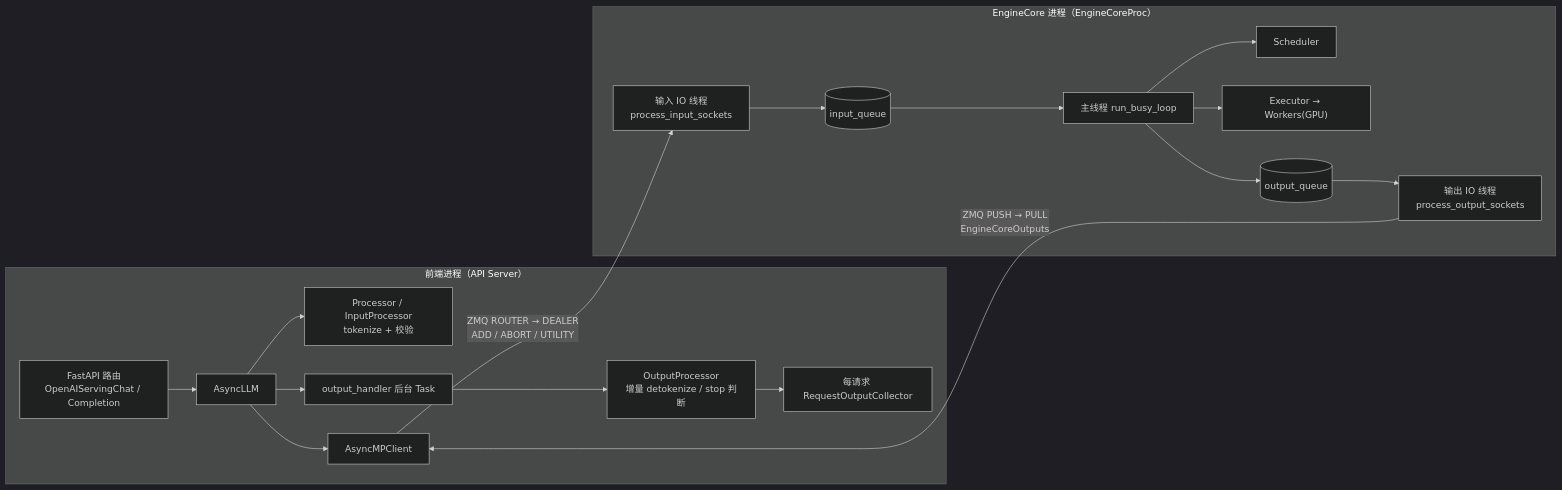
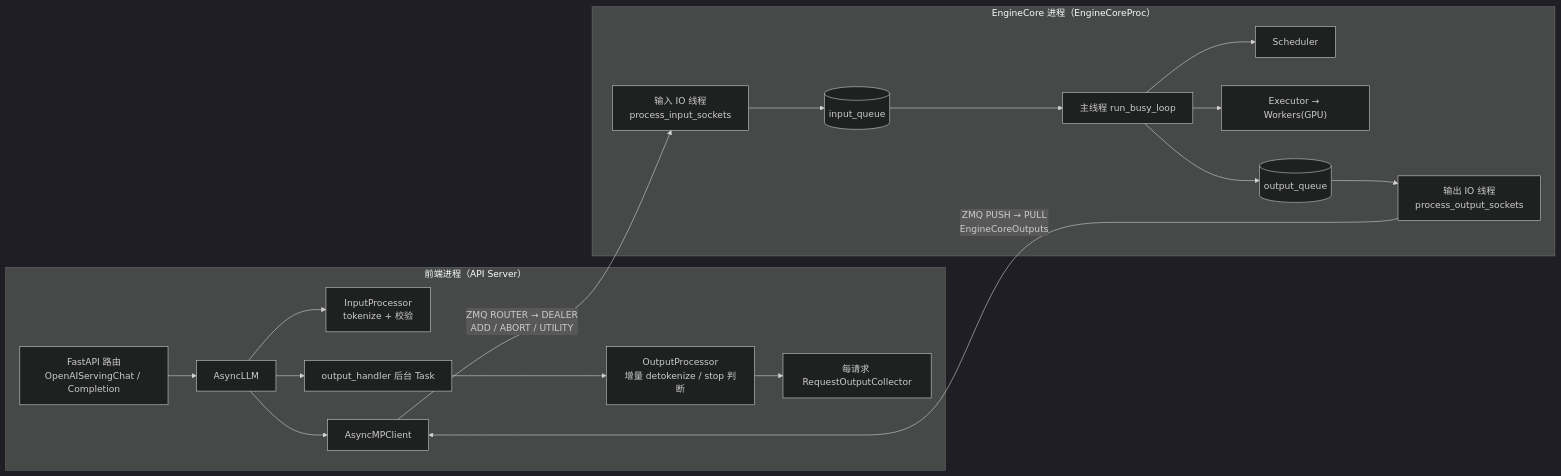
Before and after one commit to Wedsonlin/vllm_code: the diagram in course/revised/diagrams-src/B1/B1-fig1.mmd, drawn with Mermaid (dark theme). The commit also changed 36 other files, not shown here.

Commit message:
course: audit diagrams against vLLM v0.30.0; follow-up text fixes

```diff
--- a/course/revised/diagrams-src/B1/B1-fig1.mmd
+++ b/course/revised/diagrams-src/B1/B1-fig1.mmd
@@ -1,19 +1,19 @@
 flowchart LR
   subgraph FE["前端进程（API Server）"]
     H["FastAPI 路由<br/>OpenAIServingChat / Completion"] --> A["AsyncLLM"]
-    A --> IP["Processor / InputProcessor<br/>tokenize + 校验"]
+    A --> IP["InputProcessor<br/>tokenize + 校验"]
     A --> OH["output_handler 后台 Task"]
     OH --> OP["OutputProcessor<br/>增量 detokenize / stop 判断"]
     OP --> Q["每请求 RequestOutputCollector"]
     A --> CC["AsyncMPClient"]
   end
   subgraph EC["EngineCore 进程（EngineCoreProc）"]
     IT["输入 IO 线程<br/>process_input_sockets"] --> IQ[("input_queue")]
     IQ --> BL["主线程 run_busy_loop"]
     BL --> S["Scheduler"]
     BL --> EX["Executor → Workers(GPU)"]
     BL --> OQ[("output_queue")]
     OQ --> OT["输出 IO 线程<br/>process_output_sockets"]
   end
   CC -- "ZMQ ROUTER → DEALER<br/>ADD / ABORT / UTILITY" --> IT
   OT -- "ZMQ PUSH → PULL<br/>EngineCoreOutputs" --> CC
```
